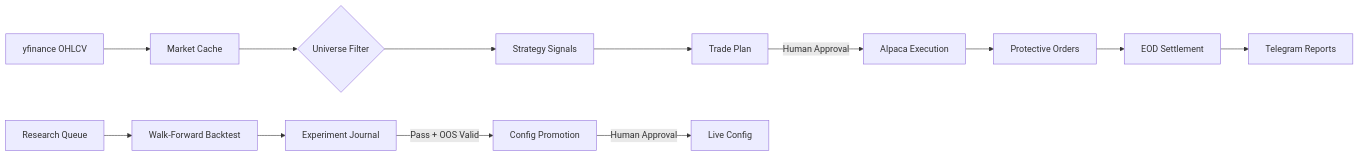
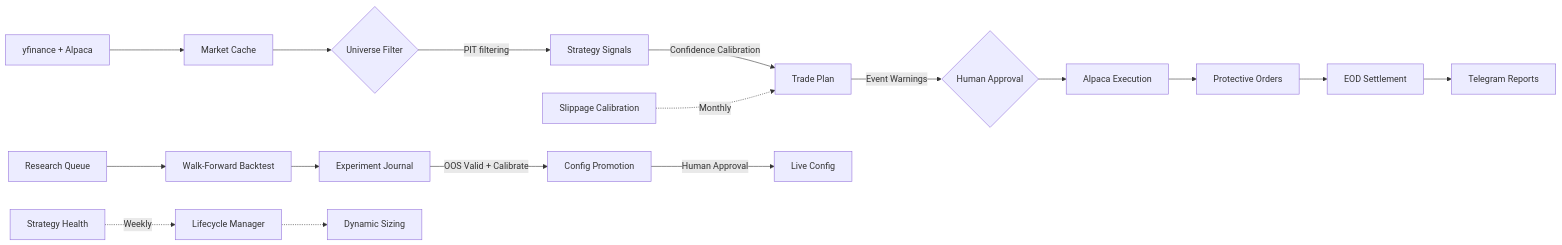
One commit to jordan-baillie/atlas changed the diagram in README.md. Above: the diagram before and after it, drawn with Mermaid. The commit also changed other lines of this file, not shown here.

First line of the commit message:
docs: comprehensive README update reflecting evolution plan + fixes

````diff
--- a/README.md
+++ b/README.md
@@ -55,16 +62,21 @@
 ```mermaid
 graph LR
-    A[yfinance OHLCV] --> B[Market Cache]
+    A[yfinance + Alpaca] --> B[Market Cache]
     B --> C{Universe Filter}
-    C --> D[Strategy Signals]
-    D --> E[Trade Plan]
-    E -->|Human Approval| F[Alpaca Execution]
-    F --> G[Protective Orders]
-    G --> H[EOD Settlement]
-    H --> I[Telegram Reports]
+    C -->|PIT filtering| D[Strategy Signals]
+    D -->|Confidence Calibration| E[Trade Plan]
+    E -->|Event Warnings| F{Human Approval}
+    F --> G[Alpaca Execution]
+    G --> H[Protective Orders]
+    H --> I[EOD Settlement]
+    I --> J[Telegram Reports]
     
-    J[Research Queue] --> K[Walk-Forward Backtest]
-    K --> L[Experiment Journal]
-    L -->|Pass + OOS Valid| M[Config Promotion]
-    M -->|Human Approval| N[Live Config]
+    K[Research Queue] --> L[Walk-Forward Backtest]
+    L --> M[Experiment Journal]
+    M -->|OOS Valid + Calibrate| N[Config Promotion]
+    N -->|Human Approval| O[Live Config]
+
+    P[Slippage Calibration] -.->|Monthly| E
+    Q[Strategy Health] -.->|Weekly| R[Lifecycle Manager]
+    R -.-> S[Dynamic Sizing]
 ```
````
